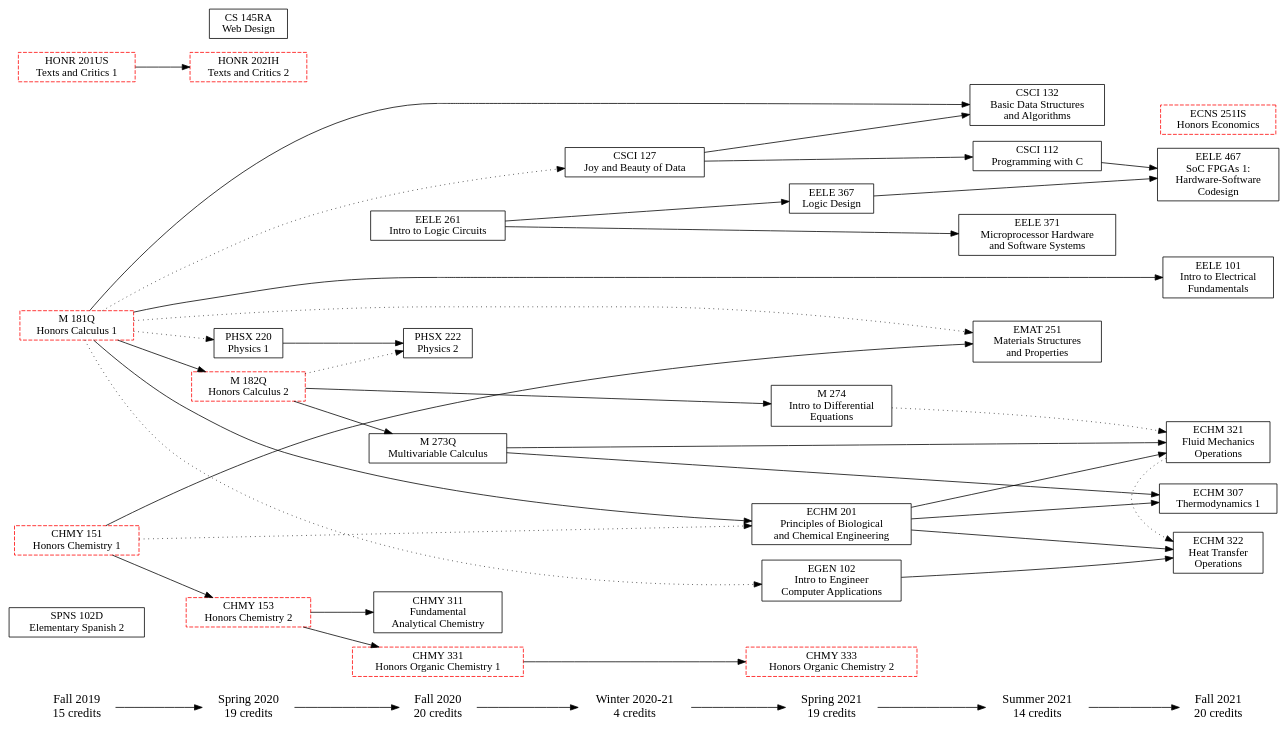
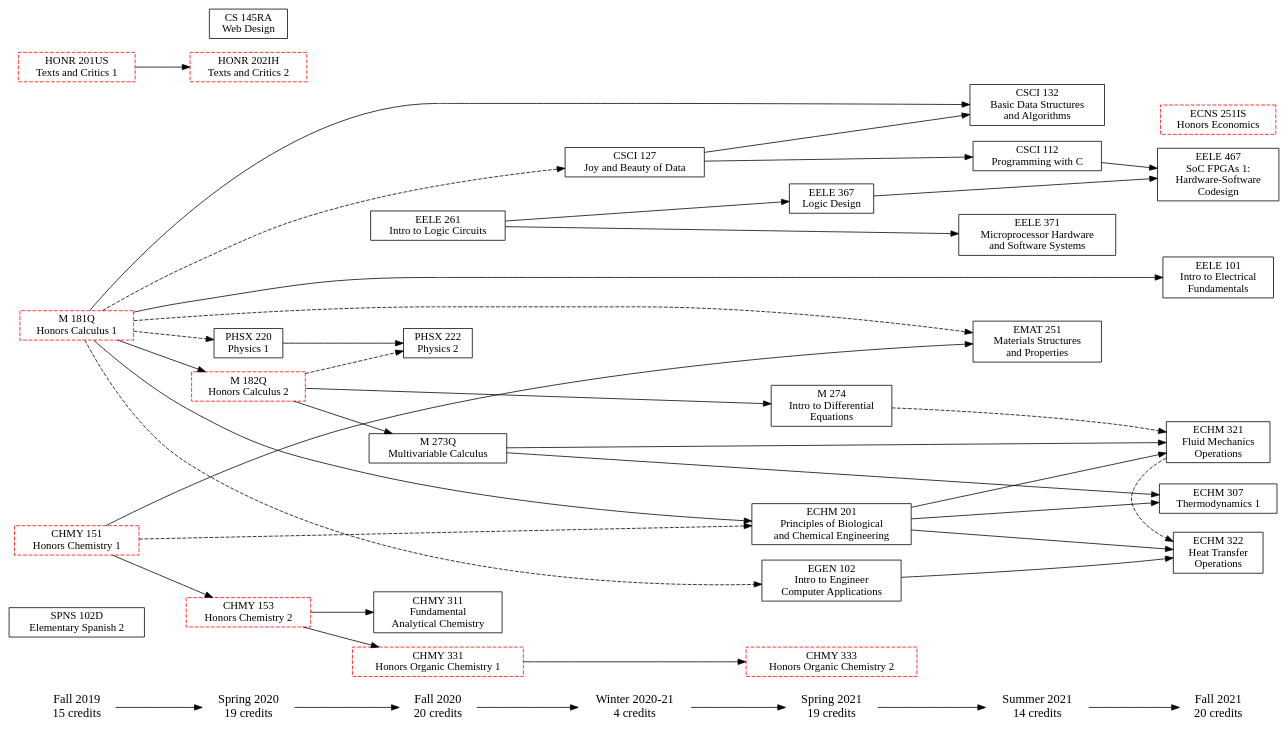
One commit to w-culhane/courses-flowchart changed the diagram in courses.gv. Above: the diagram before and after it, drawn with Graphviz.

Commit message:
Make corequisite lines more visible

```diff
--- a/courses.gv
+++ b/courses.gv
@@ -1,125 +1,125 @@
 digraph courses {
     ranksep=.75; rankdir=LR;
 
     {node [shape=plaintext,fontsize=16];
         "Fall 2019" -> "Spring 2020" -> "Fall 2020" -> "Winter 2020-21"
         -> "Spring 2021" -> "Summer 2021" -> "Fall 2021";
     }
 
     "Fall 2019" [label="\N\n15 credits"]
     "Spring 2020" [label="\N\n19 credits"]
     "Fall 2020" [label="\N\n20 credits"]
     "Winter 2020-21" [label="\N\n4 credits"]
     "Spring 2021" [label="\N\n19 credits"]
     "Summer 2021" [label="\N\n14 credits"]
     "Fall 2021" [label="\N\n20 credits"]
 
     {node [shape=box];
         { rank = same; "Fall 2019"; "SPNS 102D"; "M 181Q"; "HONR 201US"; "CHMY 151"; }
         { rank = same; "Spring 2020"; "PHSX 220"; "M 182Q"; "HONR 202IH"; "CS 145RA"; "CHMY 153"; }
         { rank = same; "Fall 2020"; "PHSX 222"; "M 273Q"; "EELE 261"; "CHMY 331"; "CHMY 311"; }
         { rank = same; "Winter 2020-21"; "CSCI 127"; }
         { rank = same; "Spring 2021"; "M 274"; "EGEN 102"; "EELE 367"; "ECHM 201"; "CHMY 333"; }
         { rank = same; "Summer 2021"; "EMAT 251"; "EELE 371"; "CSCI 132"; "CSCI 112"; }
         { rank = same; "Fall 2021"; "EELE 467"; "EELE 101"; "ECNS 251IS"; "ECHM 322"; "ECHM 321"; "ECHM 307"; }
     }
 
     // Honors classes
     "CHMY 151"   [color=red,style=dashed]
     "CHMY 153"   [color=red,style=dashed]
     "CHMY 331"   [color=red,style=dashed]
     "CHMY 333"   [color=red,style=dashed]
     "HONR 201US" [color=red,style=dashed]
     "HONR 202IH" [color=red,style=dashed]
     "M 181Q"     [color=red,style=dashed]
     "M 182Q"     [color=red,style=dashed]
     "ECNS 251IS" [color=red,style=dashed]
 
     // Course labels
 
     // Fall 2019
     "CHMY 151"   [label="\N\nHonors Chemistry 1"]
     "HONR 201US" [label="\N\nTexts and Critics 1"]
     "M 181Q"     [label="\N\nHonors Calculus 1"]
     "SPNS 102D"  [label="\N\nElementary Spanish 2"]
 
     // Spring 2020
     "CHMY 153"   [label="\N\nHonors Chemistry 2"]
     "CS 145RA"   [label="\N\nWeb Design"]
     "HONR 202IH" [label="\N\nTexts and Critics 2"]
     "M 182Q"     [label="\N\nHonors Calculus 2"]
     "PHSX 220"   [label="\N\nPhysics 1"]
 
     // Fall 2020
     "CHMY 311"   [label="\N\nFundamental\nAnalytical Chemistry"]
     "CHMY 331"   [label="\N\nHonors Organic Chemistry 1"]
     "EELE 261"   [label="\N\nIntro to Logic Circuits"]
     "M 273Q"     [label="\N\nMultivariable Calculus"]
     "PHSX 222"   [label="\N\nPhysics 2"]
 
     // Winter 2020-21
     "CSCI 127"   [label="\N\nJoy and Beauty of Data"]
 
     // Spring 2021
     "CHMY 333"  [label="\N\nHonors Organic Chemistry 2"]
     "ECHM 201"  [label="\N\nPrinciples of Biological\nand Chemical Engineering"]
     "EELE 367"  [label="\N\nLogic Design"]
     "EGEN 102"  [label="\N\nIntro to Engineer\nComputer Applications"]
     "M 274"     [label="\N\nIntro to Differential\nEquations"]
 
     // Summer 2021
     "CSCI 112" [label="\N\nProgramming with C"]
     "CSCI 132" [label="\N\nBasic Data Structures\nand Algorithms"]
     "EELE 371" [label="\N\nMicroprocessor Hardware\nand Software Systems"]
     "EMAT 251" [label="\N\nMaterials Structures\nand Properties"]
 
     // Fall 2021
     "ECHM 307" [label="\N\nThermodynamics 1"]
     "ECHM 321" [label="\N\nFluid Mechanics\nOperations"]
     "ECHM 322" [label="\N\nHeat Transfer\nOperations"]
     "ECNS 251IS" [label="\N\nHonors Economics"]
     "EELE 101" [label="\N\nIntro to Electrical\nFundamentals"]
     "EELE 467" [label="\N\nSoC FPGAs 1:\nHardware-Software\nCodesign"]
 
     // Course pre- & co- requisites
 
     // Spring 2020
     "CHMY 151" -> "CHMY 153";
     "HONR 201US" -> "HONR 202IH";
     "M 181Q" -> "M 182Q";
-    "M 181Q" -> "PHSX 220" [style=dotted];
+    "M 181Q" -> "PHSX 220" [style=dashed];
 
     // Fall 2020
     "CHMY 153" -> { "CHMY 311" "CHMY 331" };
     "M 182Q" -> "M 273Q";
-    "M 182Q" -> "PHSX 222" [style=dotted];
+    "M 182Q" -> "PHSX 222" [style=dashed];
     "PHSX 220" -> "PHSX 222";
 
     // Winter 2020-21
-    "M 181Q" -> "CSCI 127" [style=dotted];
+    "M 181Q" -> "CSCI 127" [style=dashed];
 
     // Spring 2021
-    "CHMY 151" -> "ECHM 201" [style=dotted];
+    "CHMY 151" -> "ECHM 201" [style=dashed];
     "CHMY 331" -> "CHMY 333";
     "EELE 261" -> "EELE 367";
     "M 181Q" -> "ECHM 201";
-    "M 181Q" -> "EGEN 102" [style=dotted];
+    "M 181Q" -> "EGEN 102" [style=dashed];
     "M 182Q" -> "M 274";
 
     // Summer 2021
     "CHMY 151" -> "EMAT 251";
     "CSCI 127" -> { "CSCI 112" "CSCI 132" };
     "EELE 261" -> "EELE 371";
     "M 181Q" -> "CSCI 132";
-    "M 181Q" -> "EMAT 251" [style=dotted];
+    "M 181Q" -> "EMAT 251" [style=dashed];
 
     // Fall 2021
     "CSCI 112" -> "EELE 467";
     "ECHM 201" -> { "ECHM 307" "ECHM 321" "ECHM 322" };
-    "ECHM 321" -> "ECHM 322" [style=dotted];
+    "ECHM 321" -> "ECHM 322" [style=dashed];
     "EELE 367" -> "EELE 467";
     "EGEN 102" -> "ECHM 322";
     "M 181Q" -> "EELE 101";
     "M 273Q" -> { "ECHM 307" "ECHM 321" };
-    "M 274" -> "ECHM 321" [style=dotted];
+    "M 274" -> "ECHM 321" [style=dashed];
 }
```
